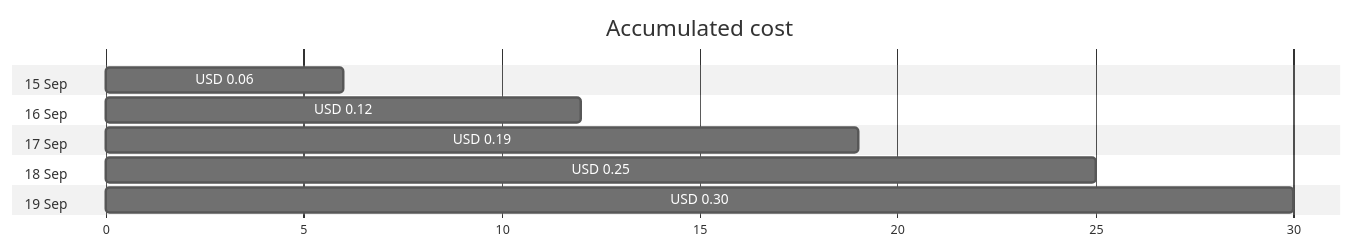
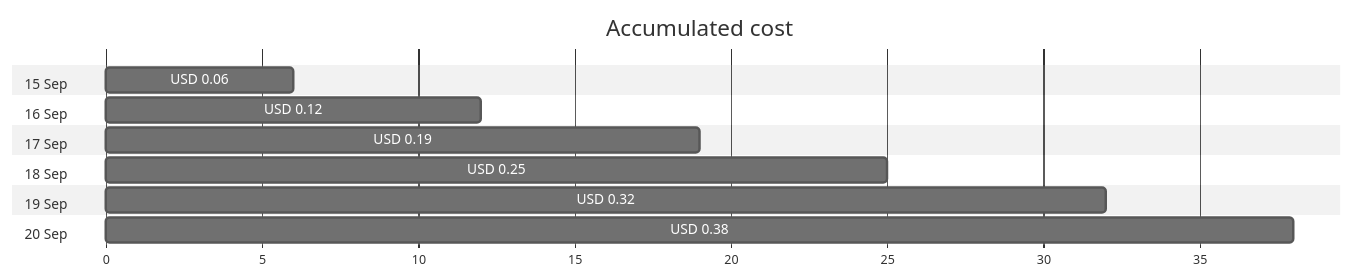
The first of 4 diagrams in cost-reports/personal-network/vpn-server_OsDisk.md (jpfulton/azure-personal-reports), drawn with Mermaid (neutral theme) before and after one commit. The commit also changed other lines of this file and 9 other files, not shown here.

````diff
--- a/cost-reports/personal-network/vpn-server_OsDisk.md
+++ b/cost-reports/personal-network/vpn-server_OsDisk.md
@@ -20,16 +20,18 @@
 ```mermaid
 gantt
    title Accumulated cost
    dateFormat  X
    axisFormat %s
    section 15 Sep
    USD 0.06 :0, 6
    section 16 Sep
    USD 0.12 :0, 12
    section 17 Sep
    USD 0.19 :0, 19
    section 18 Sep
    USD 0.25 :0, 25
    section 19 Sep
-   USD 0.30 :0, 30
+   USD 0.32 :0, 32
+   section 20 Sep
+   USD 0.38 :0, 38
 ```
````
